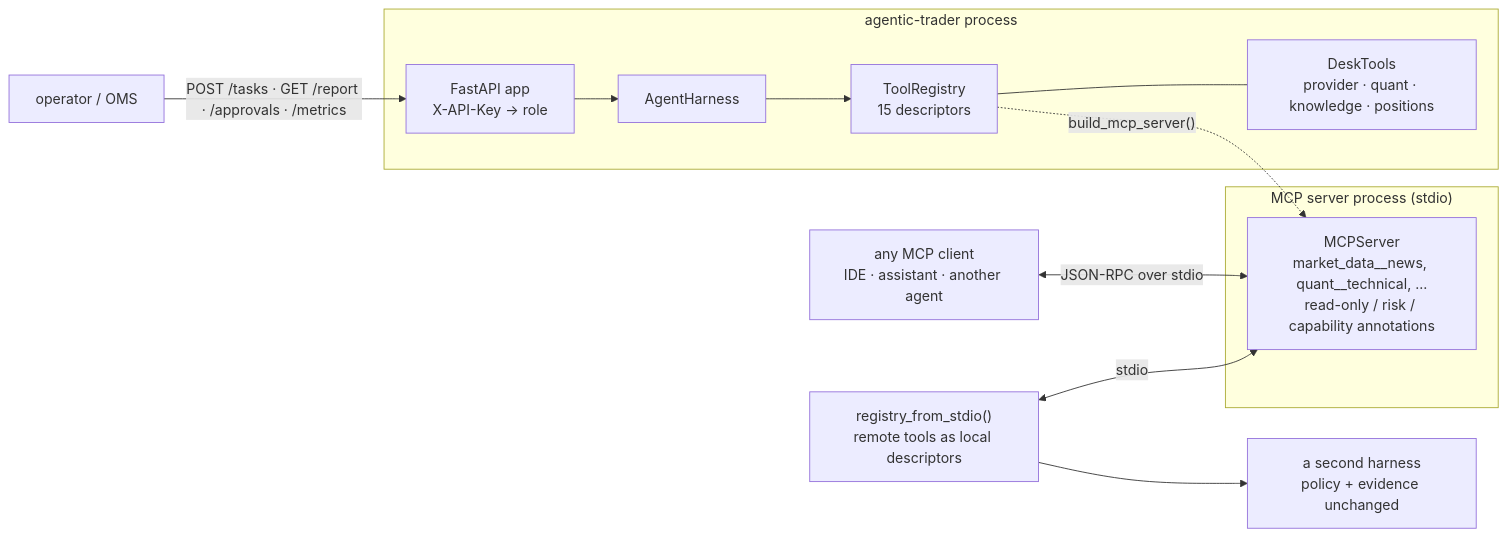
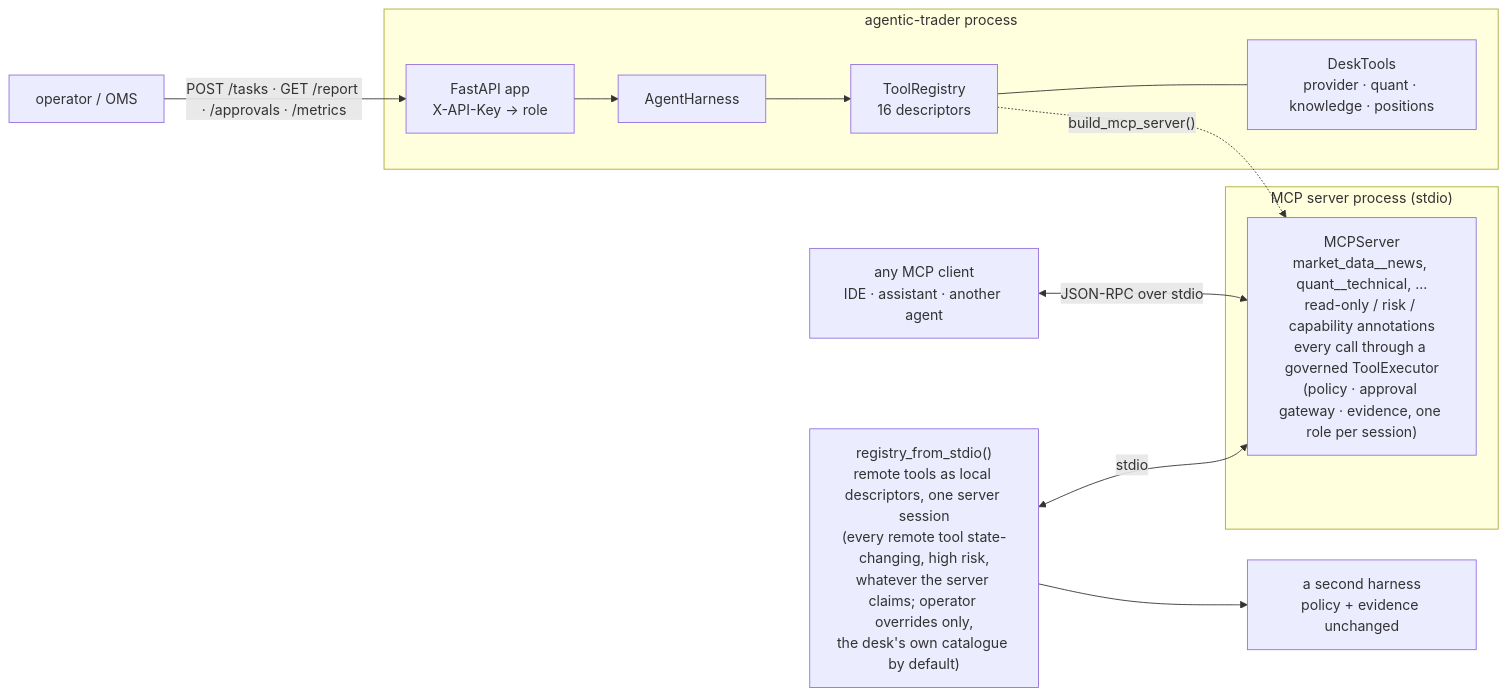
Before and after one commit to AshJha0/agentic-trader: diagram 16 of 30 in docs/DIAGRAMS.md, drawn with Mermaid. The commit also changed other lines of this file and 112 other files, not shown here.

````diff
--- a/docs/DIAGRAMS.md
+++ b/docs/DIAGRAMS.md
@@ -503,18 +513,18 @@
 ```mermaid
 flowchart LR
     subgraph Proc["agentic-trader process"]
-        REG["ToolRegistry<br/>15 descriptors"]
+        REG["ToolRegistry<br/>16 descriptors"]
         DT["DeskTools<br/>provider · quant · knowledge · positions"]
         REG --- DT
         HAR["AgentHarness"] --> REG
         API["FastAPI app<br/>X-API-Key → role"] --> HAR
     end
     subgraph MCPProc["MCP server process (stdio)"]
-        MS["MCPServer<br/>market_data__news, quant__technical, ...<br/>read-only / risk / capability annotations"]
+        MS["MCPServer<br/>market_data__news, quant__technical, ...<br/>read-only / risk / capability annotations<br/>every call through a governed ToolExecutor<br/>(policy · approval gateway · evidence, one role per session)"]
     end
     REG -.->|"build_mcp_server()"| MS
     CLIENT["any MCP client<br/>IDE · assistant · another agent"] <-->|JSON-RPC over stdio| MS
-    REMOTE["registry_from_stdio()<br/>remote tools as local descriptors"] <-->|stdio| MS
+    REMOTE["registry_from_stdio()<br/>remote tools as local descriptors, one server session<br/>(every remote tool state-changing, high risk,<br/>whatever the server claims; operator overrides only,<br/>the desk's own catalogue by default)"] <-->|stdio| MS
     REMOTE --> HAR2["a second harness<br/>policy + evidence unchanged"]
     OPS["operator / OMS"] -->|"POST /tasks · GET /report · /approvals · /metrics"| API
 ```
````
